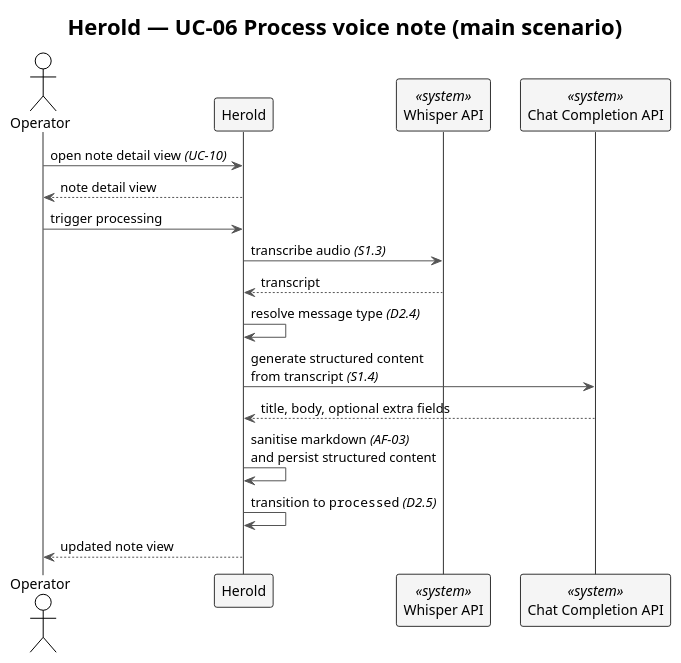
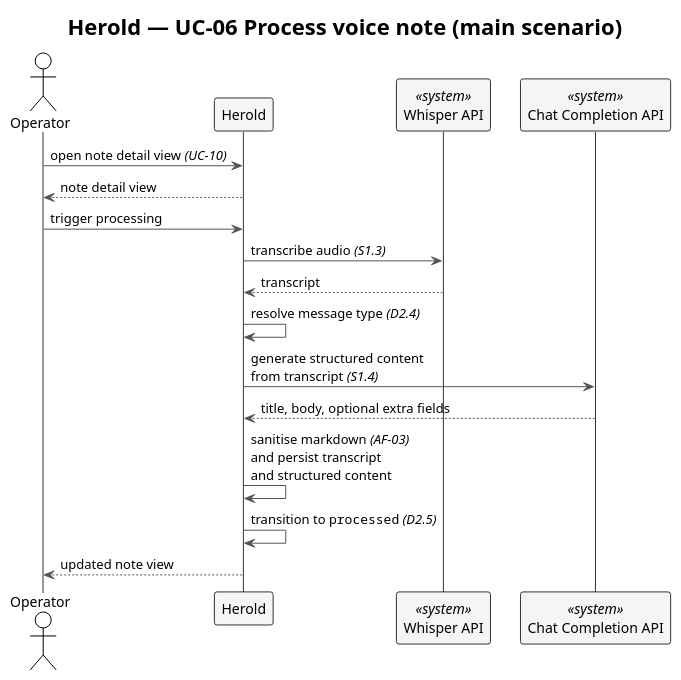
One commit to carstenlucke/herold changed the diagram in docs/spec/diagrams/f2-uc06-process-note.plantuml. Above: the diagram before and after it, drawn with PlantUML. The commit also changed 15 other files, not shown here.

```diff
--- a/docs/spec/diagrams/f2-uc06-process-note.plantuml
+++ b/docs/spec/diagrams/f2-uc06-process-note.plantuml
@@ -1,31 +1,31 @@
 @startuml f2-uc06-process-note
 !theme plain
 skinparam shadowing false
 skinparam ArrowColor #555555
 skinparam SequenceLifeLineBorderColor #333333
 skinparam SequenceParticipantBorderColor #333333
 skinparam SequenceParticipantBackgroundColor #F5F5F5
 skinparam SequenceReferenceBackgroundColor #F0E8FF
 skinparam SequenceGroupBodyBackgroundColor transparent
 
 title Herold — UC-06 Process voice note (main scenario)
 
 actor       "Operator"            as OP
 participant "Herold"               as SYS
 participant "Whisper API"          as WHISPER <<system>>
 participant "Chat Completion API"  as CHAT    <<system>>
 
 OP  ->  SYS     : open note detail view //(UC-10)//
 SYS --> OP      : note detail view
 
 OP  ->  SYS     : trigger processing
 SYS ->  WHISPER : transcribe audio //(S1.3)//
 WHISPER --> SYS : transcript
 SYS ->  SYS     : resolve message type //(D2.4)//
 SYS ->  CHAT    : generate structured content\nfrom transcript //(S1.4)//
 CHAT --> SYS    : title, body, optional extra fields
-SYS ->  SYS     : sanitise markdown //(AF-03)//\nand persist structured content
+SYS ->  SYS     : sanitise markdown //(AF-03)//\nand persist transcript\nand structured content
 SYS ->  SYS     : transition to ""processed"" //(D2.5)//
 SYS --> OP      : updated note view
 
 @enduml
```
